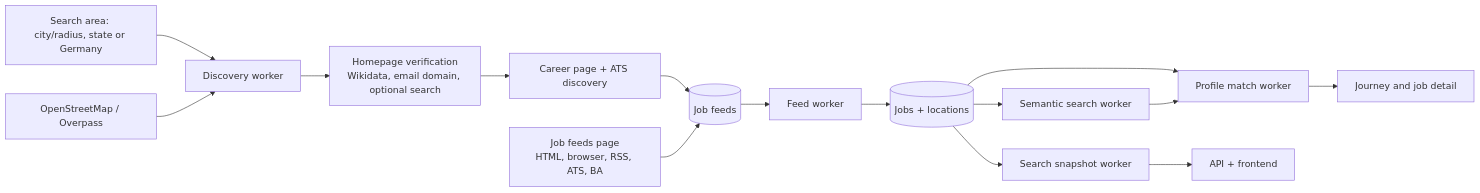
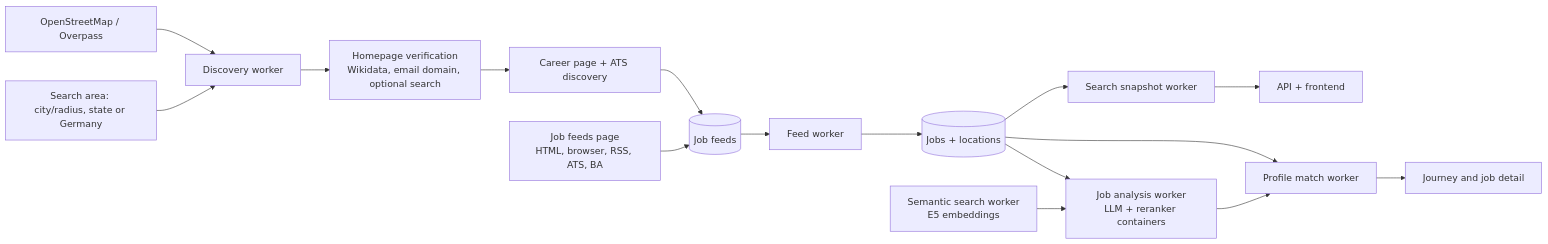
One commit to lr101/hiring-scraper changed the diagram in docs/architecture.md. Above: the diagram before and after it, drawn with Mermaid. The commit also changed other lines of this file and 96 other files, not shown here.

First line of the commit message:
Context-aware local matching: LLM job analysis + reranker evidence (matcher v3) (#152)

````diff
--- a/docs/architecture.md
+++ b/docs/architecture.md
@@ -32,16 +34,17 @@
 ```mermaid
 flowchart LR
     Area[Search area: city/radius, state or Germany] --> Disc[Discovery worker]
     OSM[OpenStreetMap / Overpass] --> Disc
     Disc --> Sites[Homepage verification<br/>Wikidata, email domain, optional search]
     Sites --> Careers[Career page + ATS discovery]
     Careers --> Feeds[(Job feeds)]
     Manual[Job feeds page<br/>HTML, browser, RSS, ATS, BA] --> Feeds
     Feeds --> FeedWorker[Feed worker]
     FeedWorker --> Jobs[(Jobs + locations)]
-    Jobs --> Semantic[Semantic search worker]
-    Jobs --> Match[Profile match worker]
-    Semantic --> Match
+    Jobs --> Analysis[Job analysis worker<br/>LLM + reranker containers]
+    Semantic[Semantic search worker<br/>E5 embeddings] --> Analysis
+    Analysis --> Match[Profile match worker]
+    Jobs --> Match
     Match --> Journey[Journey and job detail]
     Jobs --> Snap[Search snapshot worker] --> API[API + frontend]
 ```
````
